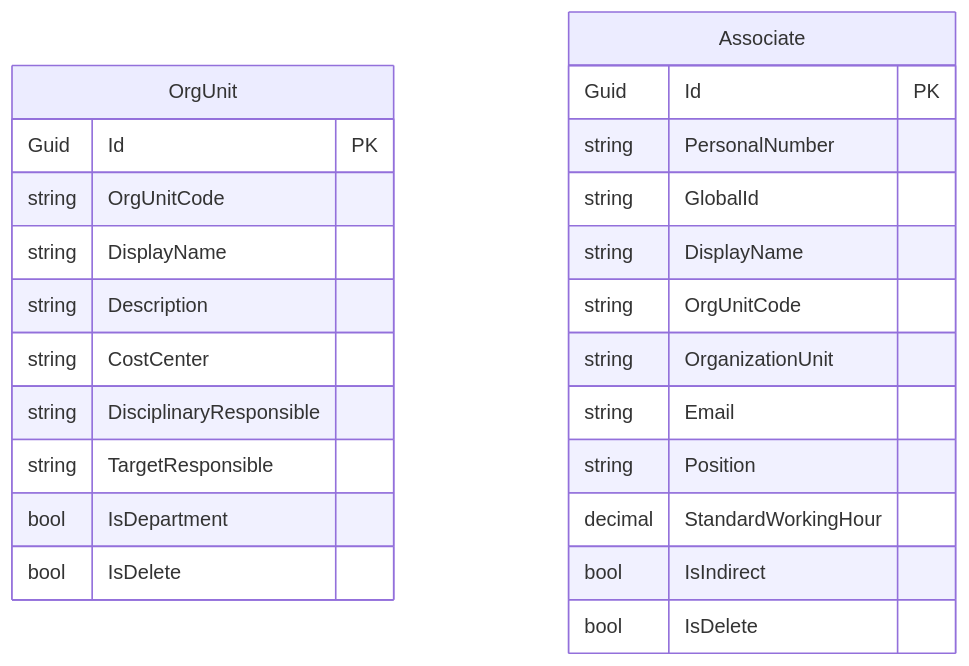
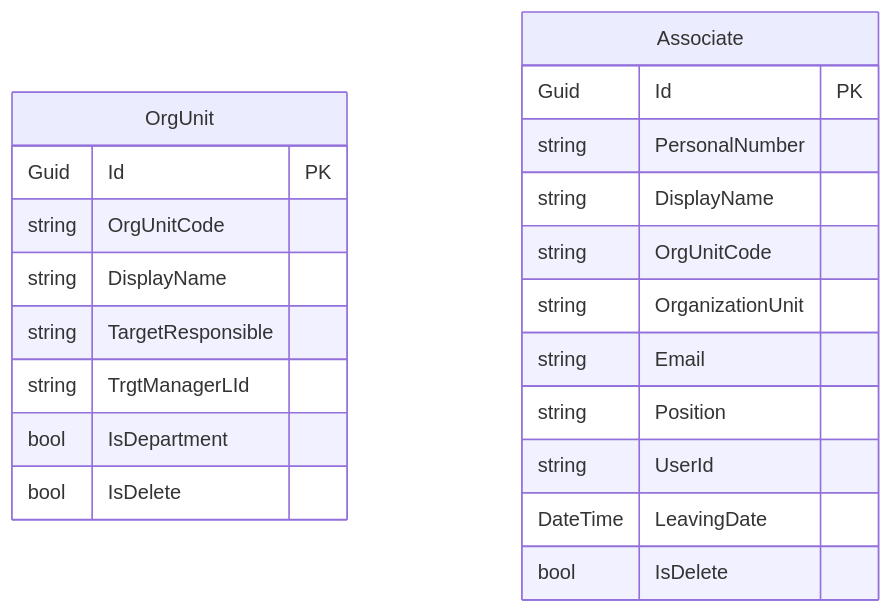
The ninth of 9 diagrams in docs/data-model.md (Songlong0506/ICOGenerator-v4), drawn with Mermaid before and after one commit. The commit also changed other lines of this file and 31 other files, not shown here.

````diff
--- a/docs/data-model.md
+++ b/docs/data-model.md
@@ -532,28 +529,25 @@
 ```mermaid
 erDiagram
     OrgUnit {
         Guid Id PK
         string OrgUnitCode
         string DisplayName
-        string Description
-        string CostCenter
-        string DisciplinaryResponsible
         string TargetResponsible
+        string TrgtManagerLId
         bool IsDepartment
         bool IsDelete
     }
 
     Associate {
         Guid Id PK
         string PersonalNumber
-        string GlobalId
         string DisplayName
         string OrgUnitCode
         string OrganizationUnit
         string Email
         string Position
-        decimal StandardWorkingHour
-        bool IsIndirect
+        string UserId
+        DateTime LeavingDate
         bool IsDelete
     }
 ```
````
